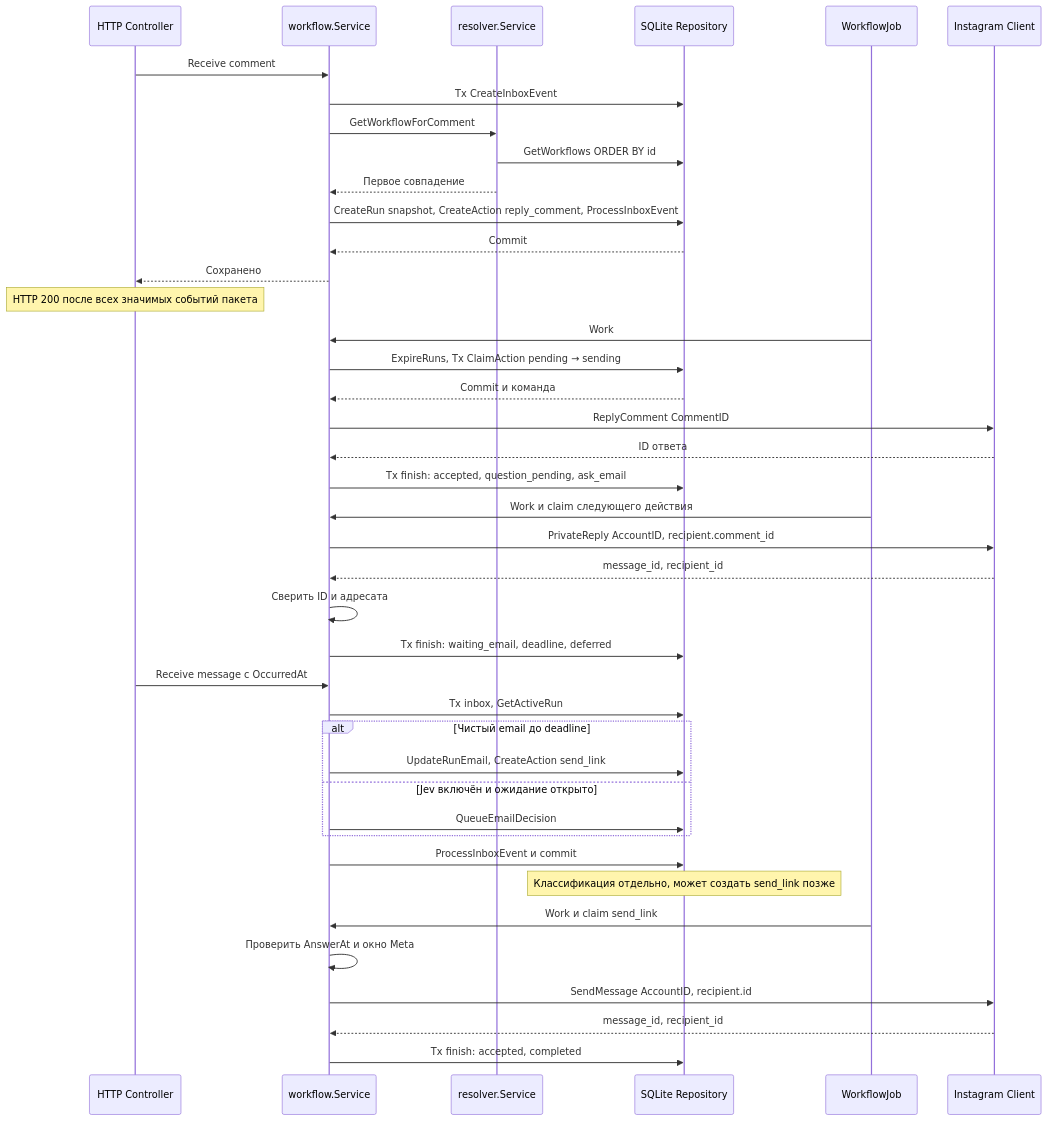
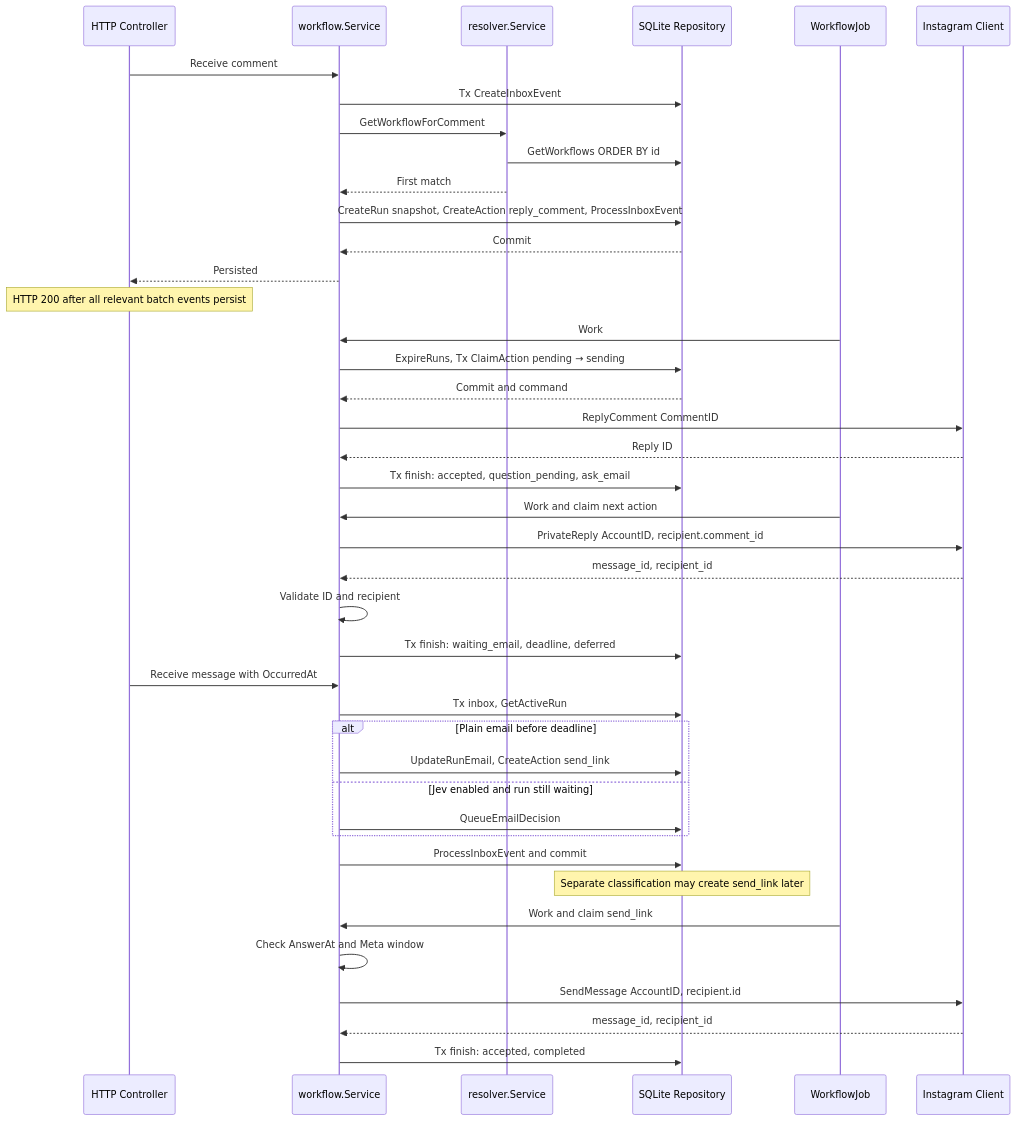
Before and after one commit to doxanocap/blotato: the second of 4 diagrams in docs/tasks/2026-1028-plan-start.md, drawn with Mermaid. The commit also changed other lines of this file and 12 other files, not shown here.

````diff
--- a/docs/tasks/2026-1028-plan-start.md
+++ b/docs/tasks/2026-1028-plan-start.md
@@ -184,43 +124,43 @@
 ```mermaid
 sequenceDiagram
     participant H as HTTP Controller
     participant S as workflow.Service
     participant R as resolver.Service
     participant D as SQLite Repository
     participant W as WorkflowJob
     participant P as Instagram Client
     H->>S: Receive comment
     S->>D: Tx CreateInboxEvent
     S->>R: GetWorkflowForComment
     R->>D: GetWorkflows ORDER BY id
-    R-->>S: Первое совпадение
+    R-->>S: First match
     S->>D: CreateRun snapshot, CreateAction reply_comment, ProcessInboxEvent
     D-->>S: Commit
-    S-->>H: Сохранено
-    Note over H: HTTP 200 после всех значимых событий пакета
+    S-->>H: Persisted
+    Note over H: HTTP 200 after all relevant batch events persist
     W->>S: Work
     S->>D: ExpireRuns, Tx ClaimAction pending → sending
-    D-->>S: Commit и команда
+    D-->>S: Commit and command
     S->>P: ReplyComment CommentID
-    P-->>S: ID ответа
+    P-->>S: Reply ID
     S->>D: Tx finish: accepted, question_pending, ask_email
-    W->>S: Work и claim следующего действия
+    W->>S: Work and claim next action
     S->>P: PrivateReply AccountID, recipient.comment_id
     P-->>S: message_id, recipient_id
-    S->>S: Сверить ID и адресата
+    S->>S: Validate ID and recipient
     S->>D: Tx finish: waiting_email, deadline, deferred
-    H->>S: Receive message с OccurredAt
+    H->>S: Receive message with OccurredAt
     S->>D: Tx inbox, GetActiveRun
-    alt Чистый email до deadline
+    alt Plain email before deadline
         S->>D: UpdateRunEmail, CreateAction send_link
-    else Jev включён и ожидание открыто
+    else Jev enabled and run still waiting
         S->>D: QueueEmailDecision
     end
-    S->>D: ProcessInboxEvent и commit
-    Note over D: Классификация отдельно, может создать send_link позже
-    W->>S: Work и claim send_link
-    S->>S: Проверить AnswerAt и окно Meta
+    S->>D: ProcessInboxEvent and commit
+    Note over D: Separate classification may create send_link later
+    W->>S: Work and claim send_link
+    S->>S: Check AnswerAt and Meta window
     S->>P: SendMessage AccountID, recipient.id
     P-->>S: message_id, recipient_id
     S->>D: Tx finish: accepted, completed
 ```
````
